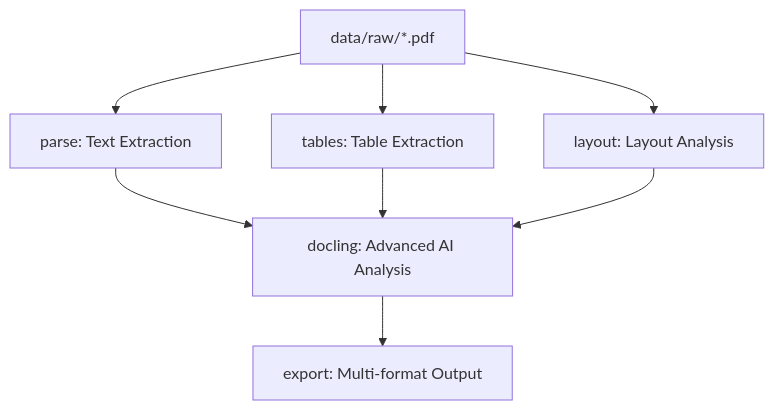
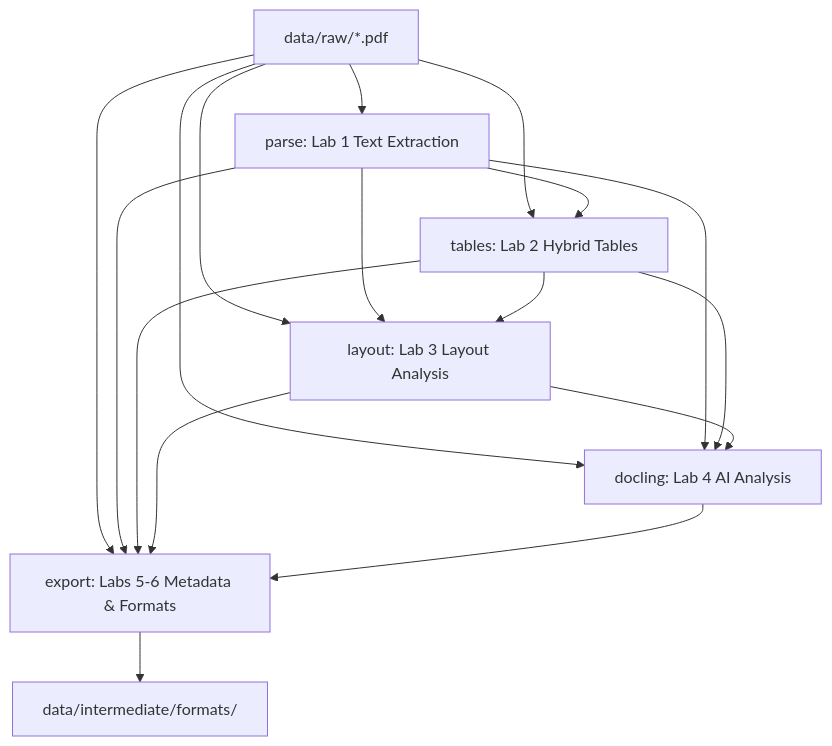
The diagram in README.md (Big-Data-IA-Team-5/Assignment-1---DAMG7245-Team-5), drawn with Mermaid before and after one commit. The commit also changed other lines of this file and 1 other file, not shown here.

````diff
--- a/README.md
+++ b/README.md
@@ -133,10 +133,19 @@
 ```mermaid
 graph TD
-    A[data/raw/*.pdf] --> B[parse: Text Extraction]
-    A --> C[tables: Table Extraction]
-    A --> D[layout: Layout Analysis]
-    B --> E[docling: Advanced AI Analysis]
+    A[data/raw/*.pdf] --> B[parse: Lab 1 Text Extraction]
+    A --> C[tables: Lab 2 Hybrid Tables]
+    B --> C
+    A --> D[layout: Lab 3 Layout Analysis] 
+    B --> D
+    C --> D
+    A --> E[docling: Lab 4 AI Analysis]
+    B --> E
     C --> E
     D --> E
-    E --> F[export: Multi-format Output]
+    A --> F[export: Labs 5-6 Metadata & Formats]
+    B --> F
+    C --> F
+    D --> F
+    E --> F
+    F --> G[data/intermediate/formats/]
 ```
````
